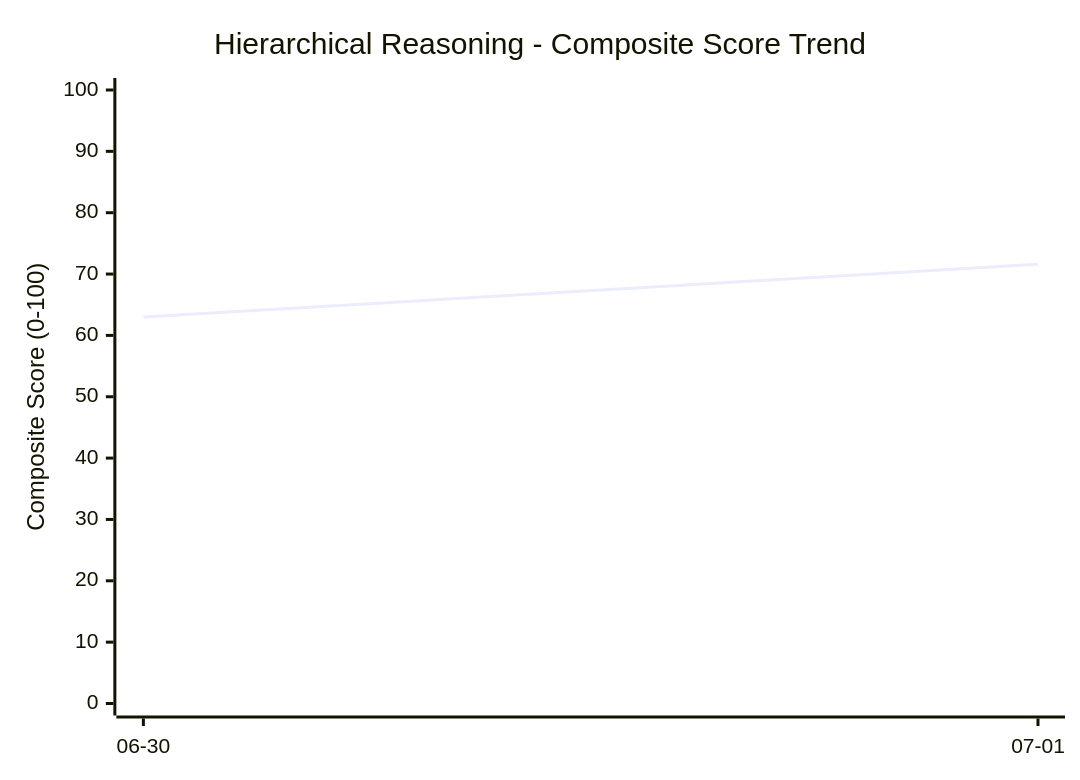
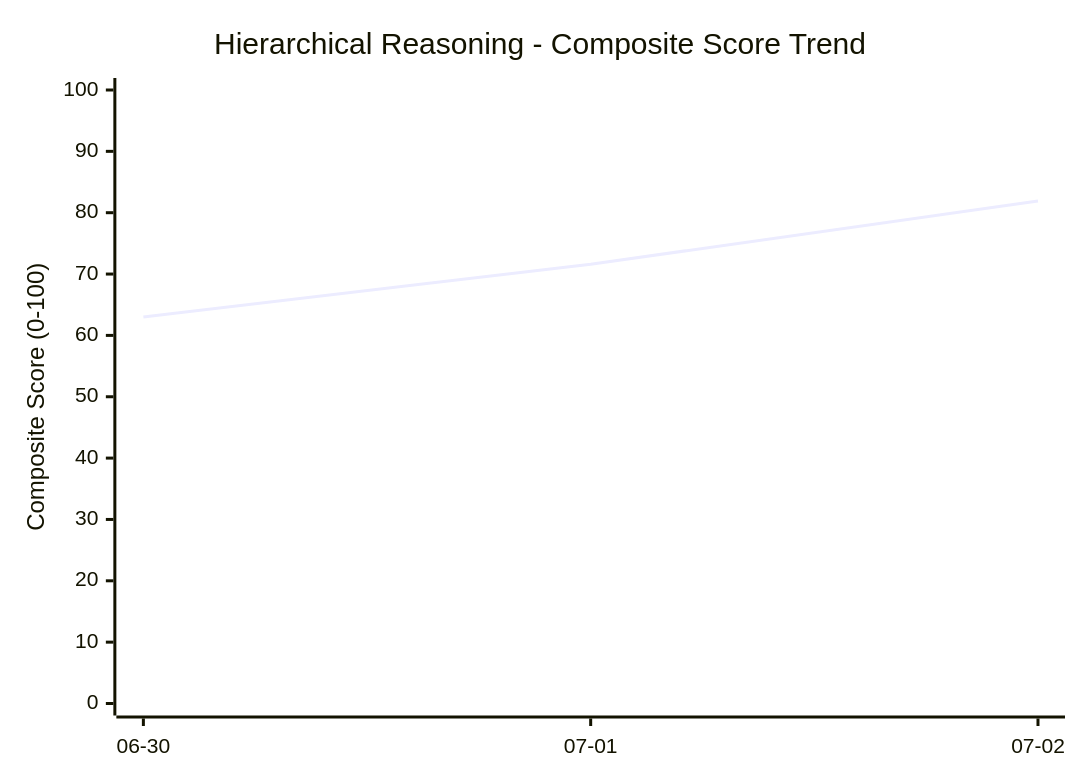
The diagram in reasoning-framework/progress/tracker.md (etai83/agentic_trading_orchestration), drawn with Mermaid before and after one commit. The commit also changed other lines of this file and 1 other file, not shown here.

Commit message:
feat: transcribe and analyze stock market reasoning session
Downloads the stock market strategy recording for 2026-07-02 from GDrive, runs the whisper backend to transcribe the audio, structures the output under sessions/, runs the hierarchical reasoning analysis skill, and updates the progress tracker.

````diff
--- a/reasoning-framework/progress/tracker.md
+++ b/reasoning-framework/progress/tracker.md
@@ -12,7 +13,7 @@
 ```mermaid
 xychart-beta
     title "Hierarchical Reasoning - Composite Score Trend"
-    x-axis ["06-30", "07-01"]
+    x-axis ["06-30", "07-01", "07-02"]
     y-axis "Composite Score (0-100)" 0 --> 100
-    line [63.0, 71.6]
+    line [63.0, 71.6, 81.9]
 ```
````
